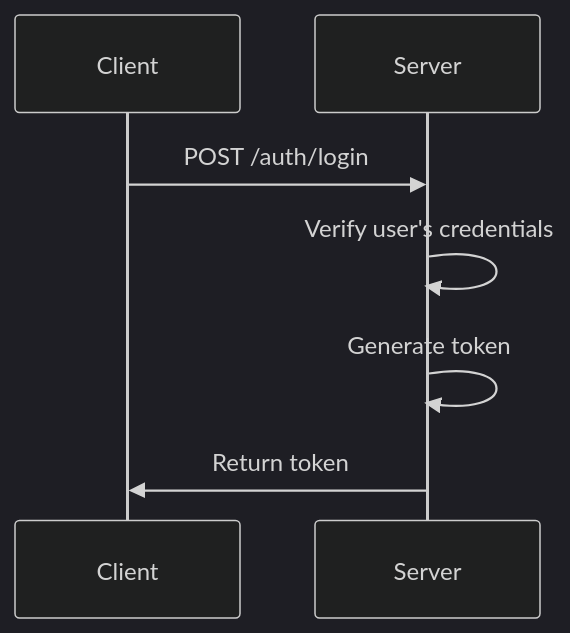
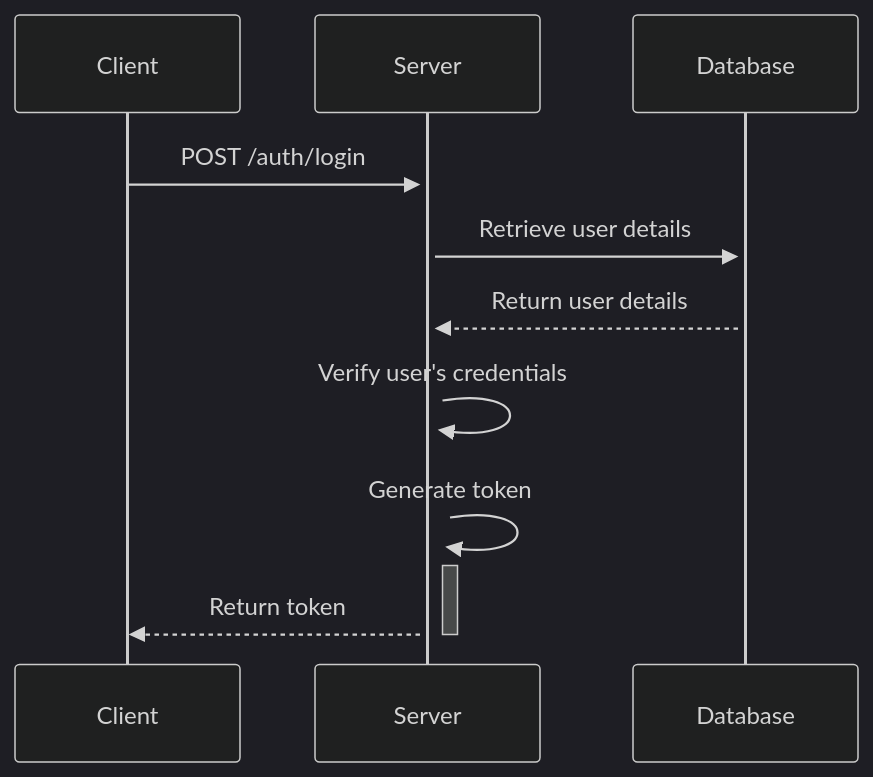
The diagram in src/auth/boards/login.md (Phastboy/auth), drawn with Mermaid (dark theme) before and after one commit. The commit also changed other lines of this file and 2 other files, not shown here.

First line of the commit message:
docs: improve login and registration documentation

````diff
--- a/src/auth/boards/login.md
+++ b/src/auth/boards/login.md
@@ -38,9 +26,13 @@
 ```mermaid
 sequenceDiagram
     participant Client
     participant Server
-    Client->>Server: POST /auth/login
-    Server->>Server: Verify user's credentials
-    Server->>Server: Generate token
-    Server->>Client: Return token
+    participant Database
+
+    Client->>+Server: POST /auth/login
+    Server->>+Database: Retrieve user details
+    Database-->>+Server: Return user details
+    Server->>+Server: Verify user's credentials
+    Server->>+Server: Generate token
+    Server-->>-Client: Return token
 ```
````
